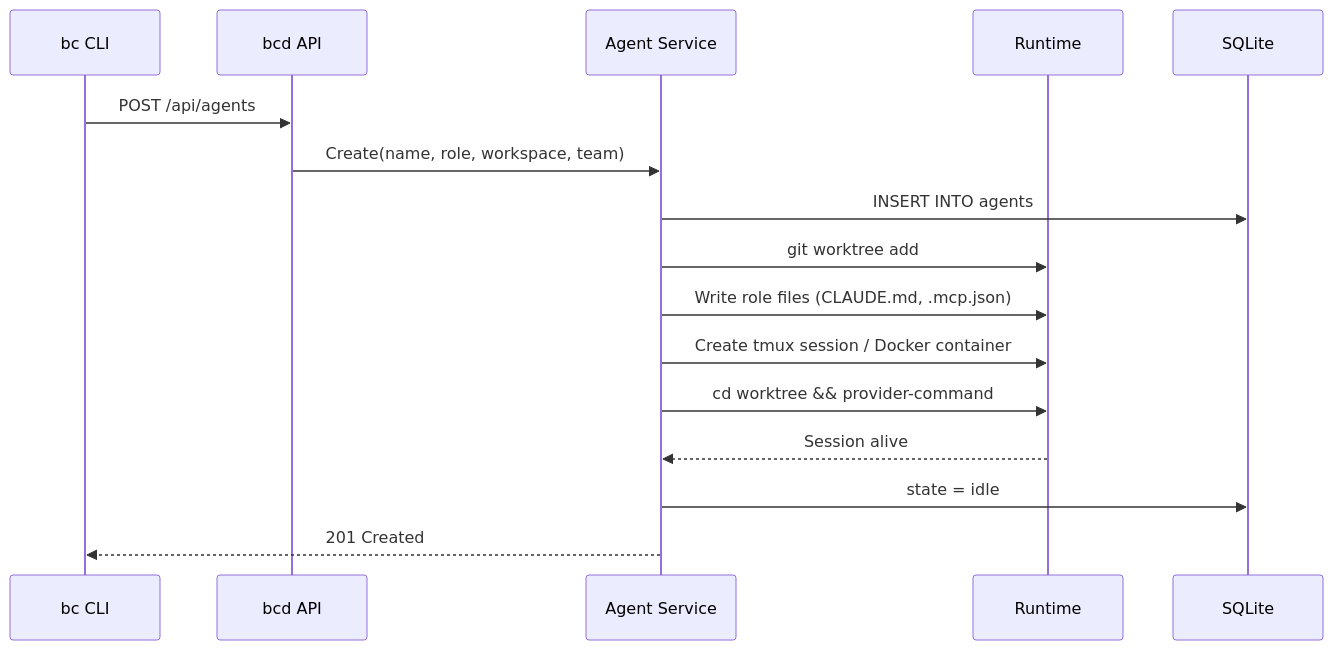
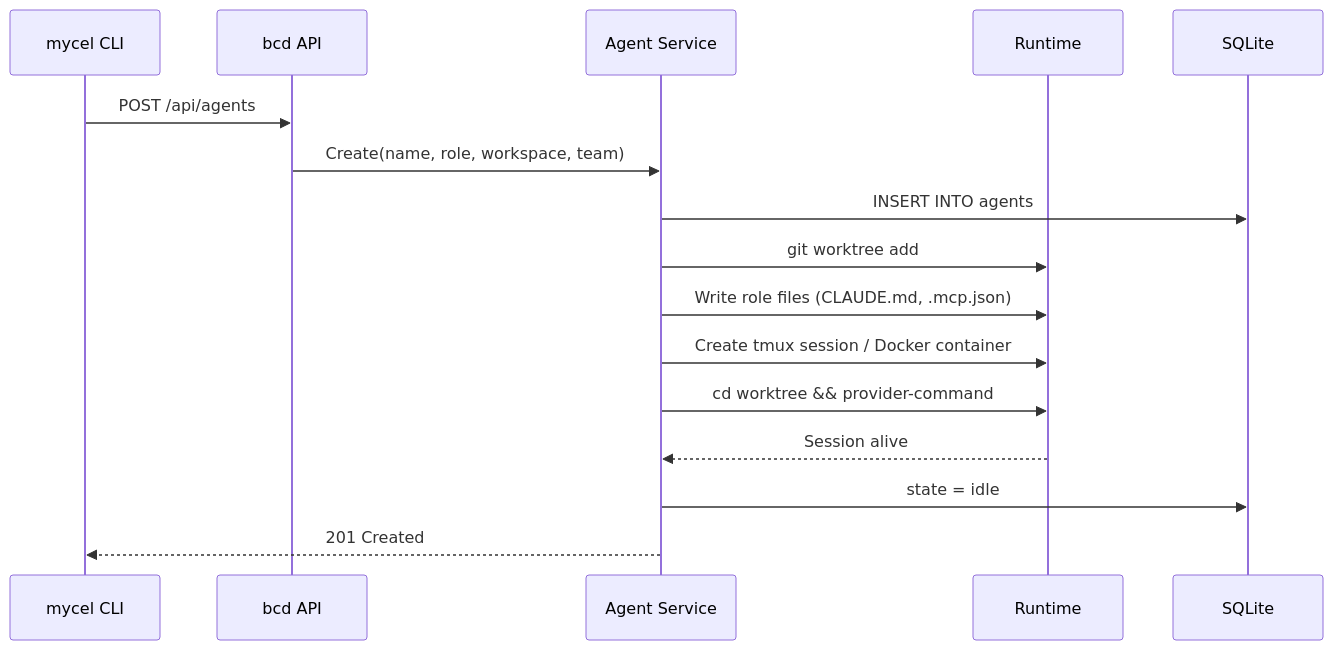
One commit to rpuneet/bc changed the third of 5 diagrams in docs/overview.md. Above: the diagram before and after it, drawn with Mermaid. The commit also changed other lines of this file and 16 other files, not shown here.

````diff
--- a/docs/overview.md
+++ b/docs/overview.md
@@ -207,19 +207,19 @@
 ```mermaid
 sequenceDiagram
-    participant CLI as bc CLI
+    participant CLI as mycel CLI
     participant API as bcd API
     participant Svc as Agent Service
     participant RT as Runtime
     participant DB as SQLite
 
     CLI->>API: POST /api/agents
     API->>Svc: Create(name, role, workspace, team)
     Svc->>DB: INSERT INTO agents
     Svc->>RT: git worktree add
     Svc->>RT: Write role files (CLAUDE.md, .mcp.json)
     Svc->>RT: Create tmux session / Docker container
     Svc->>RT: cd worktree && provider-command
     RT-->>Svc: Session alive
     Svc->>DB: state = idle
     Svc-->>CLI: 201 Created
 ```
````
